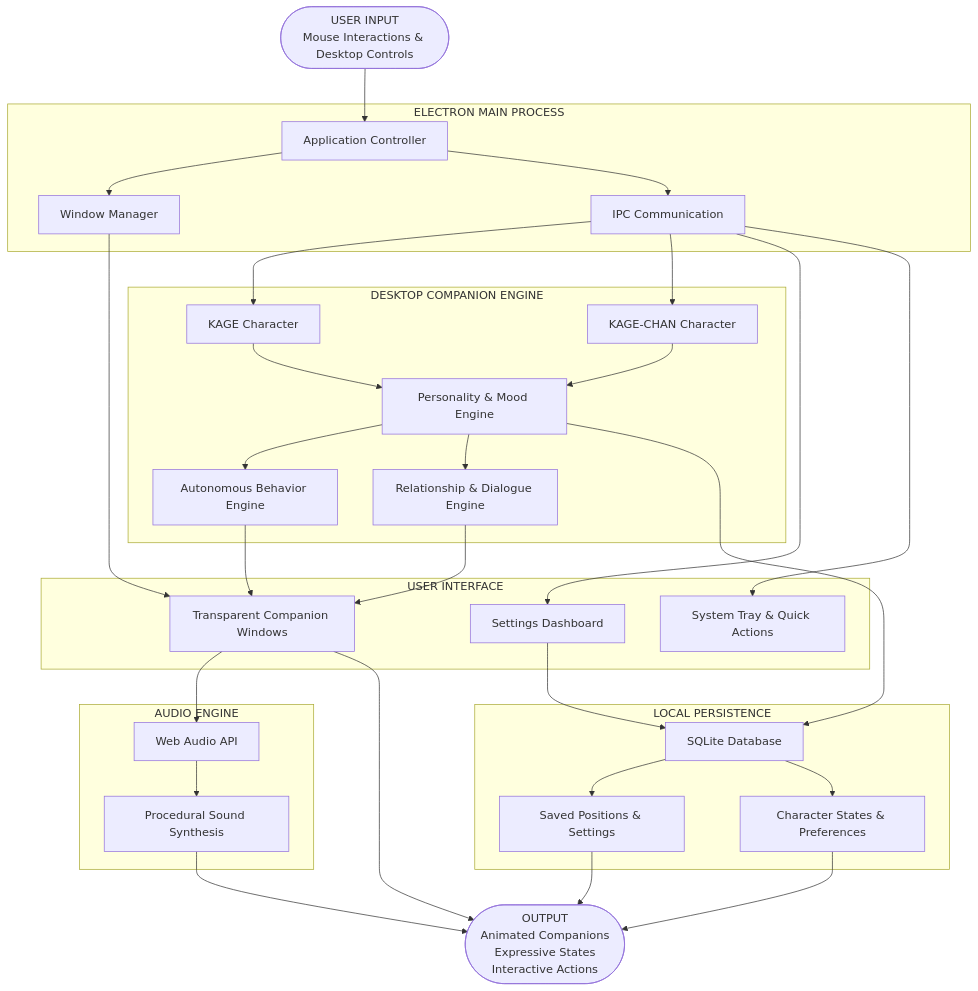
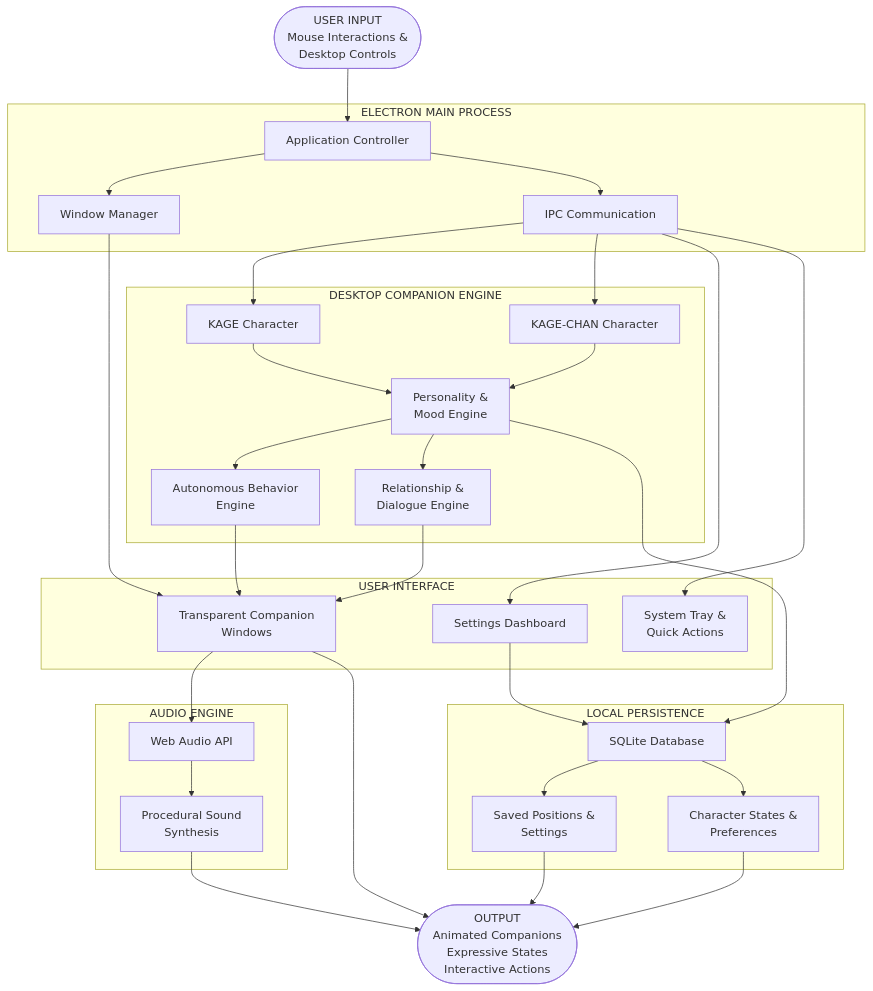
One commit to ISBANDURAHUMAN-R/KAGE-COMPANION changed the diagram in README.md. Above: the diagram before and after it, drawn with Mermaid.

Commit message:
docs: fix Mermaid diagram text visibility, wrapping and responsive layout

````diff
--- a/README.md
+++ b/README.md
@@ -39,63 +39,63 @@
 ```mermaid
 flowchart TD
-    A(["USER INPUT<br/>Mouse Interactions & Desktop Controls"])
+    A(["USER INPUT<br/>Mouse Interactions &amp;<br/>Desktop Controls"])
 
     subgraph Main["ELECTRON MAIN PROCESS"]
         B["Application Controller"]
         C["Window Manager"]
         D["IPC Communication"]
         B --> C
         B --> D
     end
 
     subgraph Companions["DESKTOP COMPANION ENGINE"]
         E["KAGE Character"]
         F["KAGE-CHAN Character"]
-        G["Personality & Mood Engine"]
-        H["Autonomous Behavior Engine"]
-        I["Relationship & Dialogue Engine"]
+        G["Personality &amp;<br/>Mood Engine"]
+        H["Autonomous Behavior<br/>Engine"]
+        I["Relationship &amp;<br/>Dialogue Engine"]
 
         E --> G
         F --> G
         G --> H
         G --> I
     end
 
     subgraph Interface["USER INTERFACE"]
-        J["Transparent Companion Windows"]
+        J["Transparent Companion<br/>Windows"]
         K["Settings Dashboard"]
-        L["System Tray & Quick Actions"]
+        L["System Tray &amp;<br/>Quick Actions"]
     end
 
     subgraph Audio["AUDIO ENGINE"]
         M["Web Audio API"]
-        N["Procedural Sound Synthesis"]
+        N["Procedural Sound<br/>Synthesis"]
         M --> N
     end
 
     subgraph Storage["LOCAL PERSISTENCE"]
         O["SQLite Database"]
-        P["Saved Positions & Settings"]
-        Q["Character States & Preferences"]
+        P["Saved Positions &amp;<br/>Settings"]
+        Q["Character States &amp;<br/>Preferences"]
         O --> P
         O --> Q
     end
 
     R(["OUTPUT<br/>Animated Companions<br/>Expressive States<br/>Interactive Actions"])
 
     A --> B
     C --> J
     D --> E
     D --> F
     D --> K
     D --> L
     H --> J
     I --> J
     G --> O
     K --> O
     J --> M
     J --> R
     N --> R
     P --> R
     Q --> R
 ```
````
